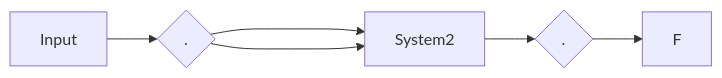
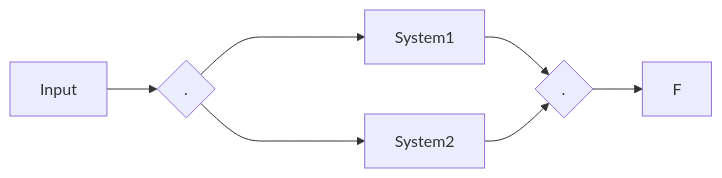
The fourth of 4 diagrams in signal-processing/kutz/5/README.md (setrar/dsp), drawn with Mermaid before and after one commit.

````diff
--- a/signal-processing/kutz/5/README.md
+++ b/signal-processing/kutz/5/README.md
@@ -68,8 +68,9 @@
 ```mermaid
 flowchart LR
     A[Input] --> B{.}
     B --> C[System1]
-    B ----> C[System2]
+    B ----> D[System2]
     C --> E{.}
+    D --> E{.}
     E --> F
 ```
````
